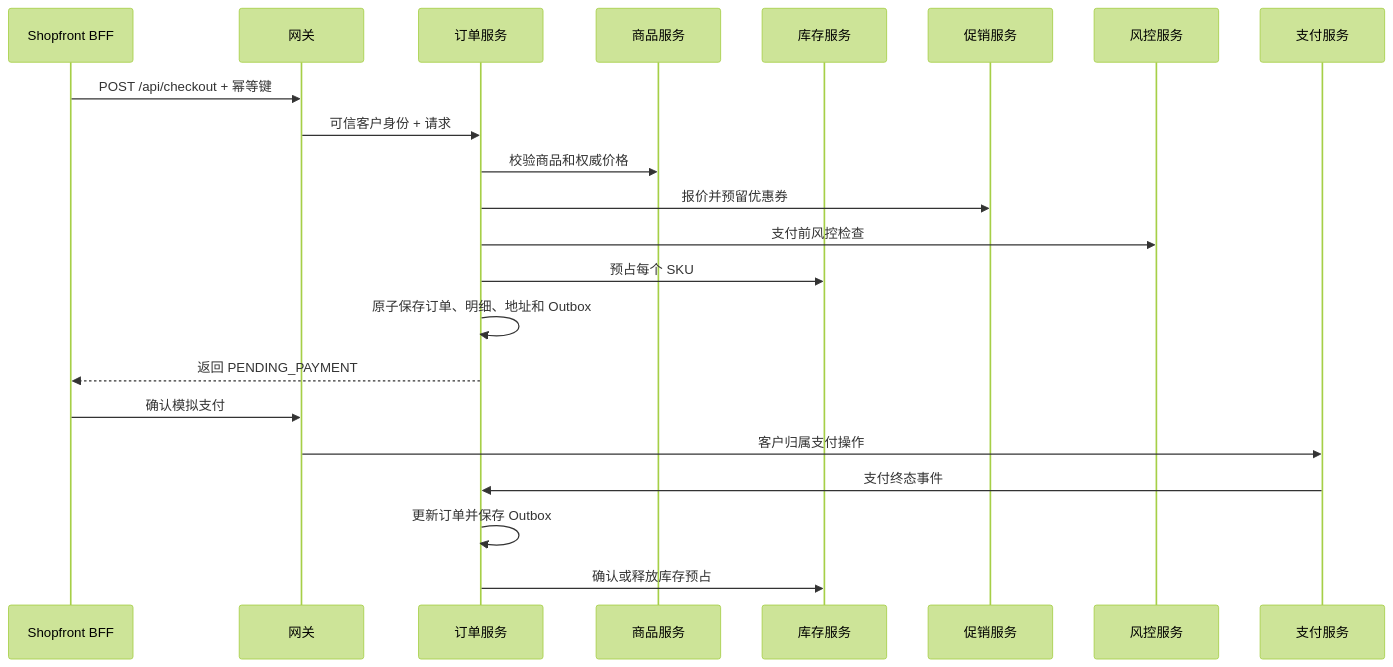
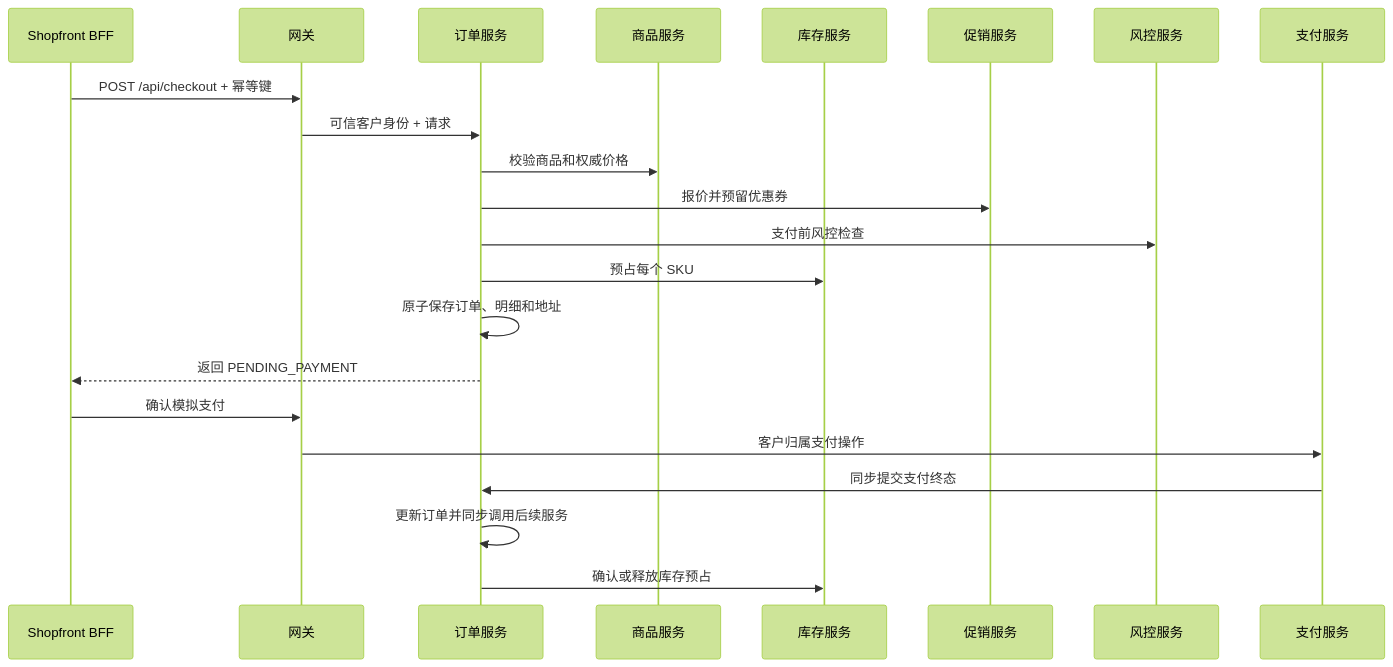
The fifth of 5 diagrams in _docs/technical-design.md (asatasinon/mall-chaos), drawn with Mermaid (forest theme) before and after one commit. The commit also changed other lines of this file and 38 other files, not shown here.

````diff
--- a/_docs/technical-design.md
+++ b/_docs/technical-design.md
@@ -273,24 +260,24 @@
 ```mermaid
 sequenceDiagram
     participant S as Shopfront BFF
     participant G as 网关
     participant O as 订单服务
     participant C as 商品服务
     participant I as 库存服务
     participant P as 促销服务
     participant R as 风控服务
     participant Pay as 支付服务
     S->>G: POST /api/checkout + 幂等键
     G->>O: 可信客户身份 + 请求
     O->>C: 校验商品和权威价格
     O->>P: 报价并预留优惠券
     O->>R: 支付前风控检查
     O->>I: 预占每个 SKU
-    O->>O: 原子保存订单、明细、地址和 Outbox
+    O->>O: 原子保存订单、明细和地址
     O-->>S: 返回 PENDING_PAYMENT
     S->>G: 确认模拟支付
     G->>Pay: 客户归属支付操作
-    Pay->>O: 支付终态事件
-    O->>O: 更新订单并保存 Outbox
+    Pay->>O: 同步提交支付终态
+    O->>O: 更新订单并同步调用后续服务
     O->>I: 确认或释放库存预占
 ```
````
